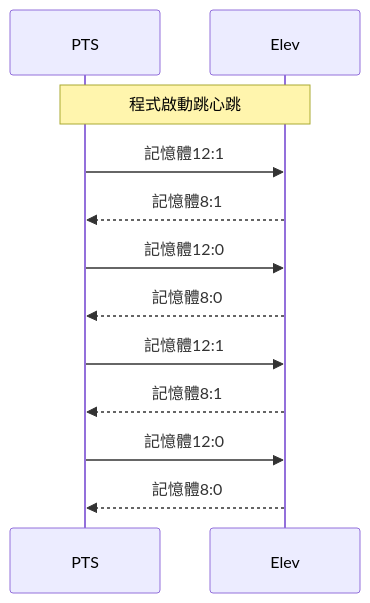
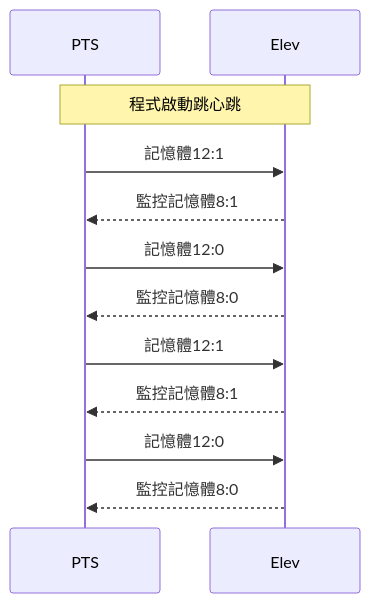
Before and after one commit to athena-tircgo/amr-elev-Zhunan: the first of 2 diagrams in README.md, drawn with Mermaid. The commit also changed other lines of this file, not shown here.

````diff
--- a/README.md
+++ b/README.md
@@ -4,19 +4,19 @@
 ```mermaid
 sequenceDiagram
 
     participant PTS
     participant Elev
 
     note over PTS,Elev: 程式啟動跳心跳
         PTS->>Elev: 記憶體12:1
-        Elev-->>PTS: 記憶體8:1
+        Elev-->>PTS: 監控記憶體8:1
         PTS->>Elev: 記憶體12:0
-        Elev-->>PTS: 記憶體8:0
+        Elev-->>PTS: 監控記憶體8:0
         PTS->>Elev: 記憶體12:1
-        Elev-->>PTS: 記憶體8:1
+        Elev-->>PTS: 監控記憶體8:1
         PTS->>Elev: 記憶體12:0
-        Elev-->>PTS: 記憶體8:0
+        Elev-->>PTS: 監控記憶體8:0
 
    
 
 ```
````
